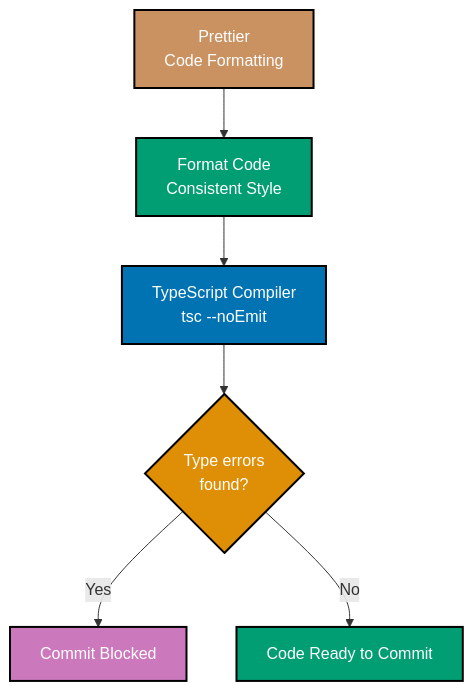
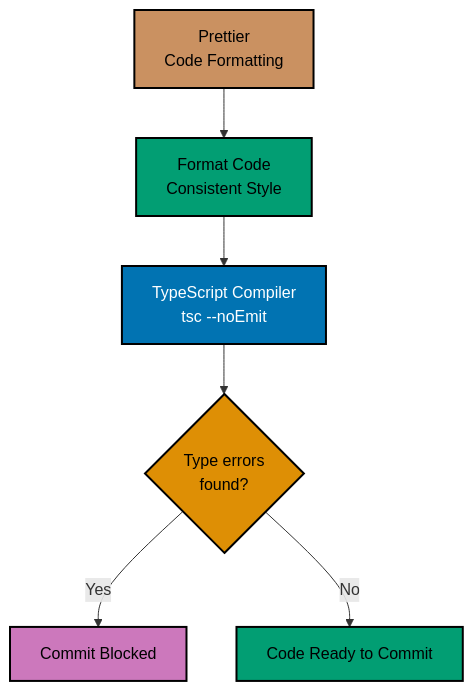
Before and after one commit to wahidyankf/ose-public: the second of 6 diagrams in docs/explanation/software-engineering/programming-languages/typescript/linting-and-formatting.md, drawn with Mermaid. The commit also changed other lines of this file and 57 other files, not shown here.

First line of the commit message:
docs(diagrams): make docs diagrams accessible

````diff
--- a/docs/explanation/software-engineering/programming-languages/typescript/linting-and-formatting.md
+++ b/docs/explanation/software-engineering/programming-languages/typescript/linting-and-formatting.md
@@ -60,15 +62,17 @@
 ```mermaid
 %% Color Palette: Blue #0173B2, Orange #DE8F05, Teal #029E73, Purple #CC78BC, Brown #CA9161
 graph TD
+    accTitle: ESLint → Prettier → TypeScript Pipeline 2
+    accDescr: Prettier Code Formatting leads to Format Code Consistent Style; Format Code Consistent Style leads to TypeScript Compiler tsc; TypeScript Compiler tsc leads to noEmit; TypeScript Compiler tsc leads to Type errors found?; and 2 more links.
     Prettier["Prettier<br/>Code Formatting"]:::brown --> PrettierFormat["Format Code<br/>Consistent Style"]:::teal
     PrettierFormat --> TSC["TypeScript Compiler<br/>tsc --noEmit"]:::blue
     TSC --> TypeErrors{"Type errors<br/>found?"}:::orange
     TypeErrors -->|Yes| Fail["Commit Blocked"]:::purple
     TypeErrors -->|No| Success["Code Ready to Commit"]:::teal
 
     classDef blue fill:#0173B2,stroke:#000000,color:#FFFFFF,stroke-width:2px
-    classDef orange fill:#DE8F05,stroke:#000000,color:#FFFFFF,stroke-width:2px
-    classDef teal fill:#029E73,stroke:#000000,color:#FFFFFF,stroke-width:2px
-    classDef purple fill:#CC78BC,stroke:#000000,color:#FFFFFF,stroke-width:2px
-    classDef brown fill:#CA9161,stroke:#000000,color:#FFFFFF,stroke-width:2px
+    classDef orange fill:#DE8F05,stroke:#000000,color:#000000,stroke-width:2px
+    classDef teal fill:#029E73,stroke:#000000,color:#000000,stroke-width:2px
+    classDef purple fill:#CC78BC,stroke:#000000,color:#000000,stroke-width:2px
+    classDef brown fill:#CA9161,stroke:#000000,color:#000000,stroke-width:2px
 ```
````
